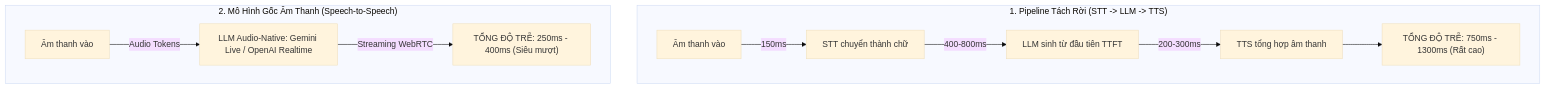
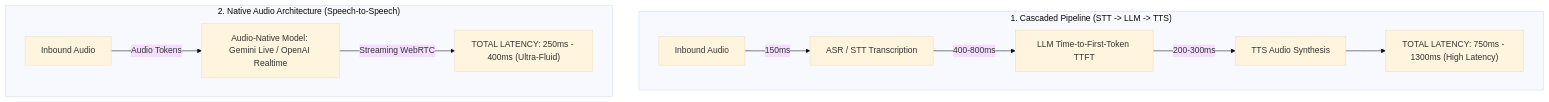
Before and after one commit to jangtrinh/design-os-voice-ux: the second of 3 diagrams in 03-conversational-design-system/latency-budgets.md, drawn with Mermaid (base theme). The commit also changed other lines of this file and 41 other files, not shown here.

````diff
--- a/03-conversational-design-system/latency-budgets.md
+++ b/03-conversational-design-system/latency-budgets.md
@@ -36,14 +36,14 @@
 ```mermaid
 graph TD
-    subgraph Cascaded ["1. Pipeline Tách Rời (STT -> LLM -> TTS)"]
-        A1[Âm thanh vào] -->|150ms| B1[STT chuyển thành chữ]
-        B1 -->|400-800ms| C1[LLM sinh từ đầu tiên TTFT]
-        C1 -->|200-300ms| D1[TTS tổng hợp âm thanh]
-        D1 --> E1["TỔNG ĐỘ TRỄ: 750ms - 1300ms (Rất cao)"]
+    subgraph Cascaded ["1. Cascaded Pipeline (STT -> LLM -> TTS)"]
+        A1[Inbound Audio] -->|150ms| B1[ASR / STT Transcription]
+        B1 -->|400-800ms| C1[LLM Time-to-First-Token TTFT]
+        C1 -->|200-300ms| D1[TTS Audio Synthesis]
+        D1 --> E1["TOTAL LATENCY: 750ms - 1300ms (High Latency)"]
     end
 
-    subgraph NativeS2S ["2. Mô Hình Gốc Âm Thanh (Speech-to-Speech)"]
-        A2[Âm thanh vào] -->|Audio Tokens| B2[LLM Audio-Native: Gemini Live / OpenAI Realtime]
-        B2 -->|Streaming WebRTC| C2["TỔNG ĐỘ TRỄ: 250ms - 400ms (Siêu mượt)"]
+    subgraph NativeS2S ["2. Native Audio Architecture (Speech-to-Speech)"]
+        A2[Inbound Audio] -->|Audio Tokens| B2[Audio-Native Model: Gemini Live / OpenAI Realtime]
+        B2 -->|Streaming WebRTC| C2["TOTAL LATENCY: 250ms - 400ms (Ultra-Fluid)"]
     end
 ```
````
